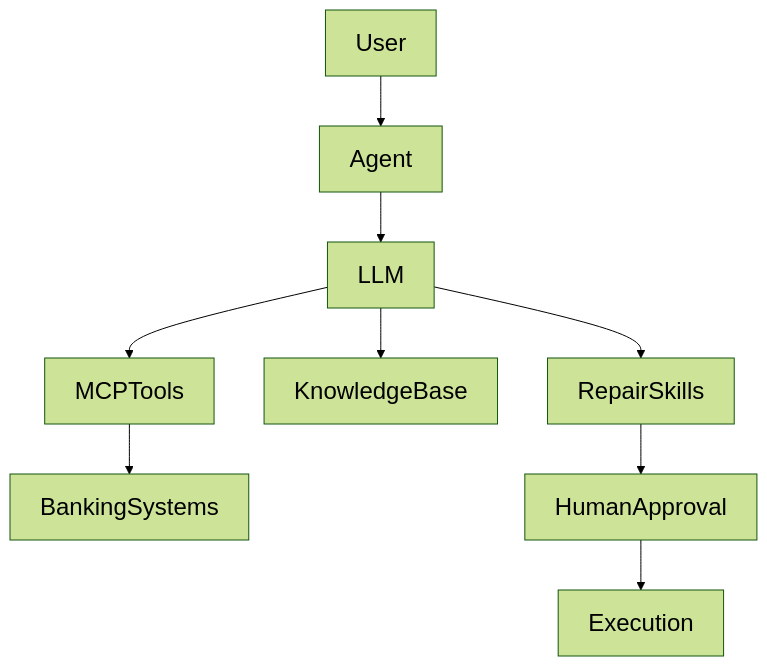
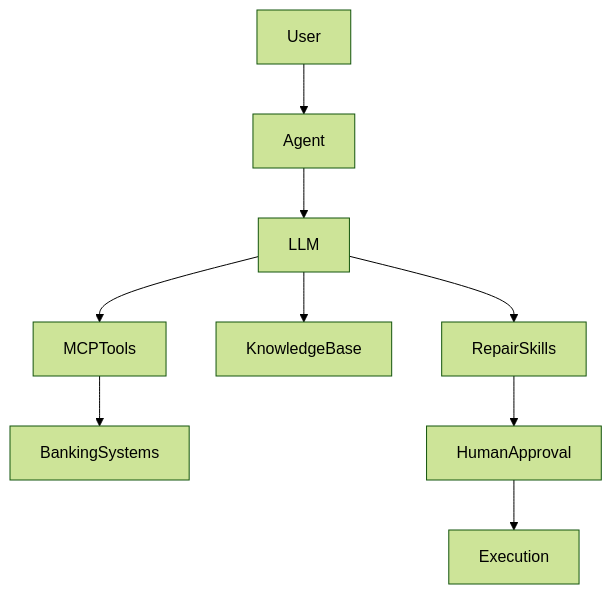
The diagram in designing-an-intelligent-payment-investigation-and-repair-agent-part-2.md (rapidcoderx/mygitbook), drawn with Mermaid before and after one commit.

Commit message:
GITBOOK-13: No subject

````diff
--- a/designing-an-intelligent-payment-investigation-and-repair-agent-part-2.md
+++ b/designing-an-intelligent-payment-investigation-and-repair-agent-part-2.md
@@ -201,30 +201,23 @@
 ```mermaid
 %%{init: {
-  "theme": "forest",
-  "themeVariables": {
-    "fontFamily": "Inter, Segoe UI, Roboto, sans-serif",
-    "fontSize": "24px",
-    "fontWeight": "1000",
-    "actorFontSize": "24px",
-    "sequenceNumberFontSize": "24px"
-  }
+  "theme": "forest"
 }}%%
 
 flowchart TD
 
 User --> Agent
 
 Agent --> LLM
 
 LLM --> MCPTools
 
 LLM --> KnowledgeBase
 
 LLM --> RepairSkills
 
 MCPTools --> BankingSystems
 
 RepairSkills --> HumanApproval
 
 HumanApproval --> Execution
 ```
````
